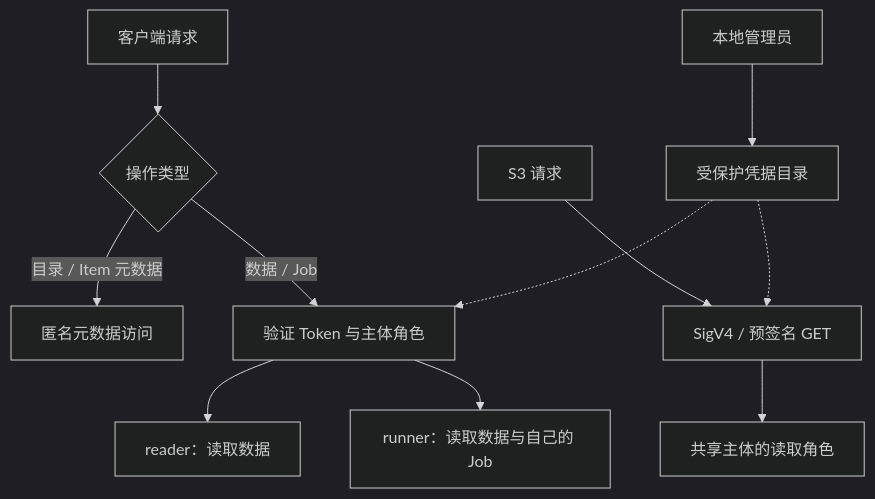
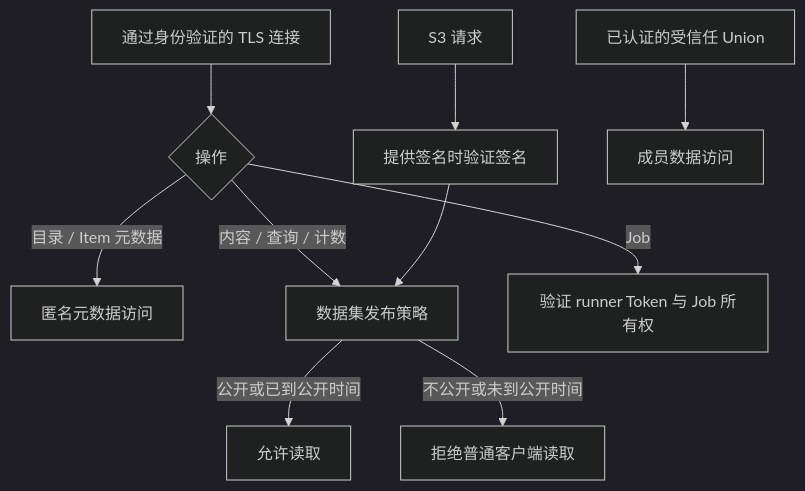
One commit to rdcn-link/dacp-codex changed the diagram in docs/security_zh.md. Above: the diagram before and after it, drawn with Mermaid (dark theme). The commit also changed other lines of this file and 85 other files, not shown here.

````diff
--- a/docs/security_zh.md
+++ b/docs/security_zh.md
@@ -139,12 +139,11 @@
 ```mermaid
 flowchart TD
-  Request["客户端请求"] --> Kind{"操作类型"}
+  Request["通过身份验证的 TLS 连接"] --> Kind{"操作"}
   Kind -->|"目录 / Item 元数据"| Public["匿名元数据访问"]
-  Kind -->|"数据 / Job"| Token["验证 Token 与主体角色"]
-  Token --> Reader["reader：读取数据"]
-  Token --> Runner["runner：读取数据与自己的 Job"]
-  S3["S3 请求"] --> SigV4["SigV4 / 预签名 GET"] --> Roles["共享主体的读取角色"]
-  Admin["本地管理员"] --> Files["受保护凭据目录"]
-  Files -.-> Token
-  Files -.-> SigV4
+  Kind -->|"内容 / 查询 / 计数"| Policy["数据集发布策略"]
+  Policy -->|"公开或已到公开时间"| Read["允许读取"]
+  Policy -->|"不公开或未到公开时间"| Deny["拒绝普通客户端读取"]
+  Kind -->|"Job"| Token["验证 runner Token 与 Job 所有权"]
+  S3["S3 请求"] --> Signature["提供签名时验证签名"] --> Policy
+  Union["已认证的受信任 Union"] --> Member["成员数据访问"]
 ```
````
